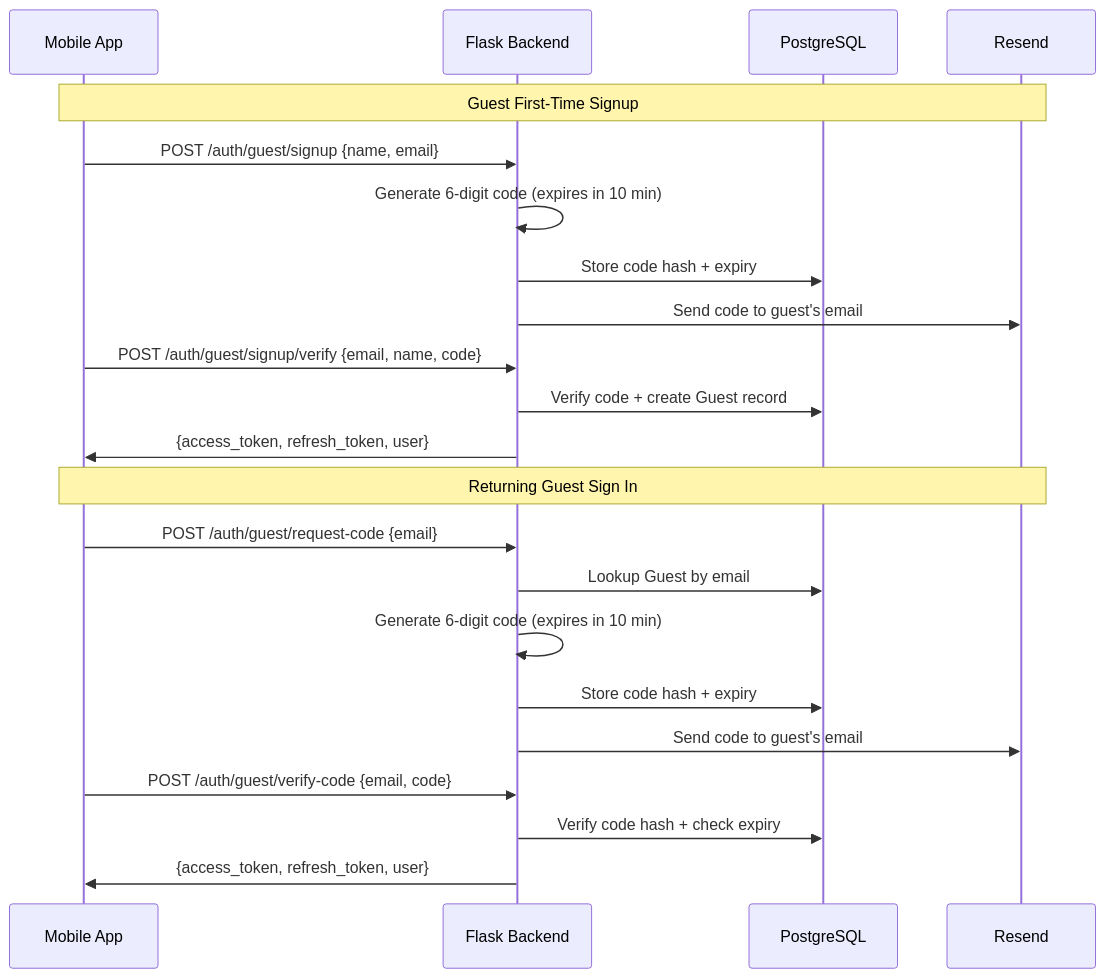
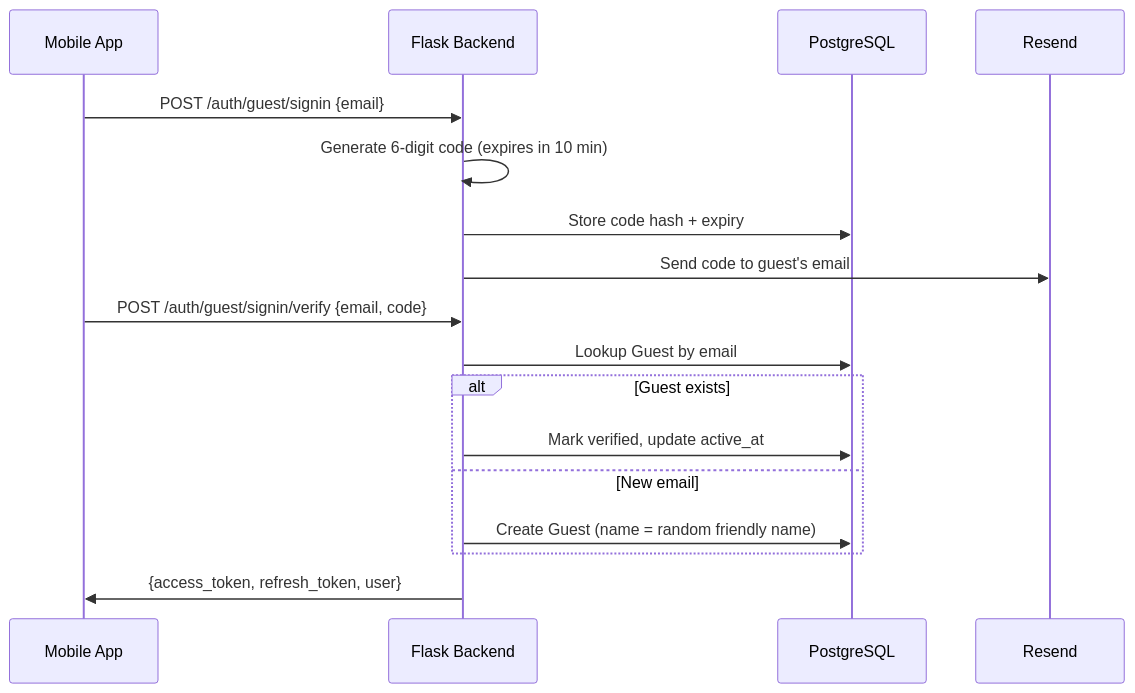
One commit to wariya-placehub/triptoe-docs changed the second of 3 diagrams in 9a_feature_authentication.md. Above: the diagram before and after it, drawn with Mermaid. The commit also changed other lines of this file and 7 other files, not shown here.

````diff
--- a/9a_feature_authentication.md
+++ b/9a_feature_authentication.md
@@ -45,26 +45,20 @@
 ```mermaid
 sequenceDiagram
     participant App as Mobile App
     participant API as Flask Backend
     participant DB as PostgreSQL
     participant Email as Resend
 
-    Note over App, Email: Guest First-Time Signup
-    App->>API: POST /auth/guest/signup {name, email}
+    App->>API: POST /auth/guest/signin {email}
     API->>API: Generate 6-digit code (expires in 10 min)
     API->>DB: Store code hash + expiry
     API->>Email: Send code to guest's email
-    App->>API: POST /auth/guest/signup/verify {email, name, code}
-    API->>DB: Verify code + create Guest record
-    API->>App: {access_token, refresh_token, user}
-
-    Note over App, Email: Returning Guest Sign In
-    App->>API: POST /auth/guest/request-code {email}
+    App->>API: POST /auth/guest/signin/verify {email, code}
     API->>DB: Lookup Guest by email
-    API->>API: Generate 6-digit code (expires in 10 min)
-    API->>DB: Store code hash + expiry
-    API->>Email: Send code to guest's email
-    App->>API: POST /auth/guest/verify-code {email, code}
-    API->>DB: Verify code hash + check expiry
+    alt Guest exists
+        API->>DB: Mark verified, update active_at
+    else New email
+        API->>DB: Create Guest (name = random friendly name)
+    end
     API->>App: {access_token, refresh_token, user}
 ```
````
